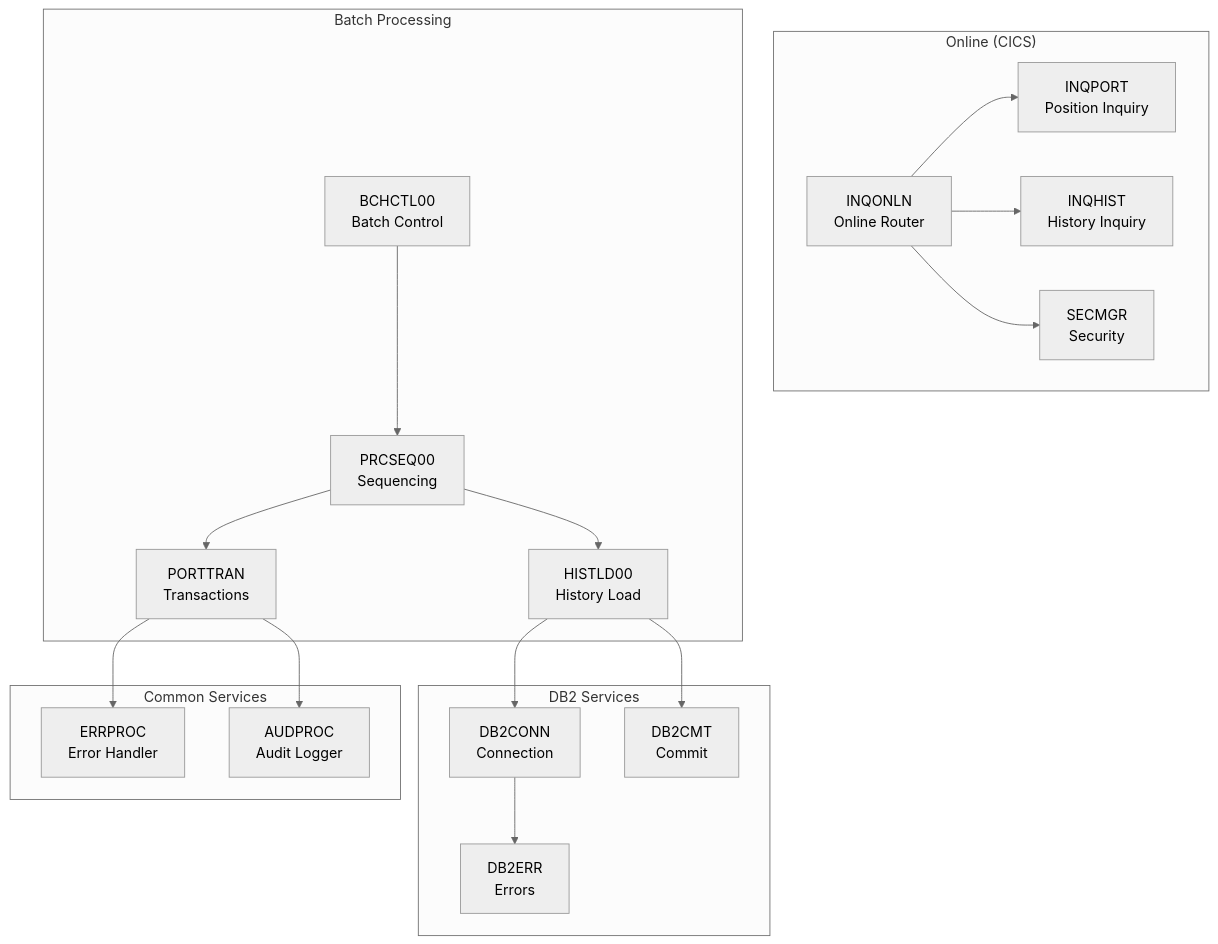
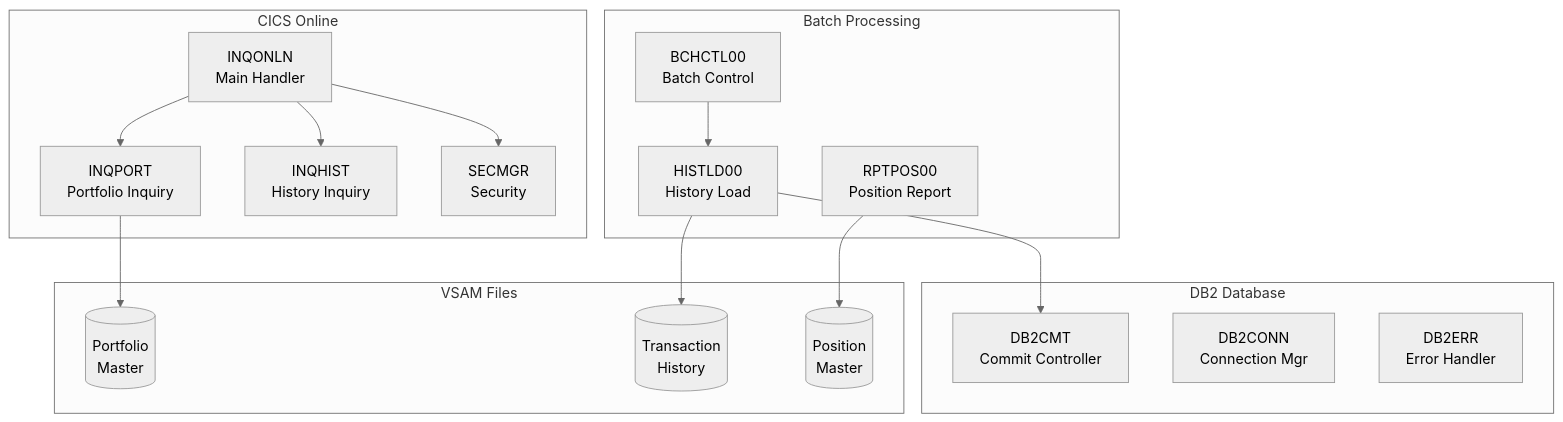
One commit to haladir-com/legacy-benchmark-docs-vb70e1 changed the diagram in docs/intro.mdx. Above: the diagram before and after it, drawn with Mermaid (neutral theme). The commit also changed other lines of this file and 63 other files, not shown here.

````diff
--- a/docs/intro.mdx
+++ b/docs/intro.mdx
@@ -24,42 +23,38 @@
 ```mermaid
 graph TB
-    subgraph "Online (CICS)"
-        INQONLN[INQONLN<br/>Online Router]
-        INQPORT[INQPORT<br/>Position Inquiry]
+    subgraph Online["CICS Online"]
+        INQONLN[INQONLN<br/>Main Handler]
+        INQPORT[INQPORT<br/>Portfolio Inquiry]
         INQHIST[INQHIST<br/>History Inquiry]
         SECMGR[SECMGR<br/>Security]
     end
-
-    subgraph "Batch Processing"
+    
+    subgraph Batch["Batch Processing"]
         BCHCTL00[BCHCTL00<br/>Batch Control]
-        PRCSEQ00[PRCSEQ00<br/>Sequencing]
         HISTLD00[HISTLD00<br/>History Load]
-        PORTTRAN[PORTTRAN<br/>Transactions]
+        RPTPOS00[RPTPOS00<br/>Position Report]
     end
-
-    subgraph "DB2 Services"
-        DB2CONN[DB2CONN<br/>Connection]
-        DB2CMT[DB2CMT<br/>Commit]
-        DB2ERR[DB2ERR<br/>Errors]
+    
+    subgraph Database["DB2 Database"]
+        DB2CMT[DB2CMT<br/>Commit Controller]
+        DB2CONN[DB2CONN<br/>Connection Mgr]
+        DB2ERR[DB2ERR<br/>Error Handler]
     end
-
-    subgraph "Common Services"
-        ERRPROC[ERRPROC<br/>Error Handler]
-        AUDPROC[AUDPROC<br/>Audit Logger]
+    
+    subgraph Files["VSAM Files"]
+        PORTFILE[(Portfolio<br/>Master)]
+        TRANFILE[(Transaction<br/>History)]
+        POSFILE[(Position<br/>Master)]
     end
-
+    
     INQONLN --> INQPORT
     INQONLN --> INQHIST
     INQONLN --> SECMGR
     
-    BCHCTL00 --> PRCSEQ00
-    PRCSEQ00 --> HISTLD00
-    PRCSEQ00 --> PORTTRAN
+    BCHCTL00 --> HISTLD00
+    HISTLD00 --> DB2CMT
     
-    HISTLD00 --> DB2CONN
-    HISTLD00 --> DB2CMT
-    DB2CONN --> DB2ERR
-    
-    PORTTRAN --> ERRPROC
-    PORTTRAN --> AUDPROC
+    INQPORT --> PORTFILE
+    HISTLD00 --> TRANFILE
+    RPTPOS00 --> POSFILE
 ```
````
